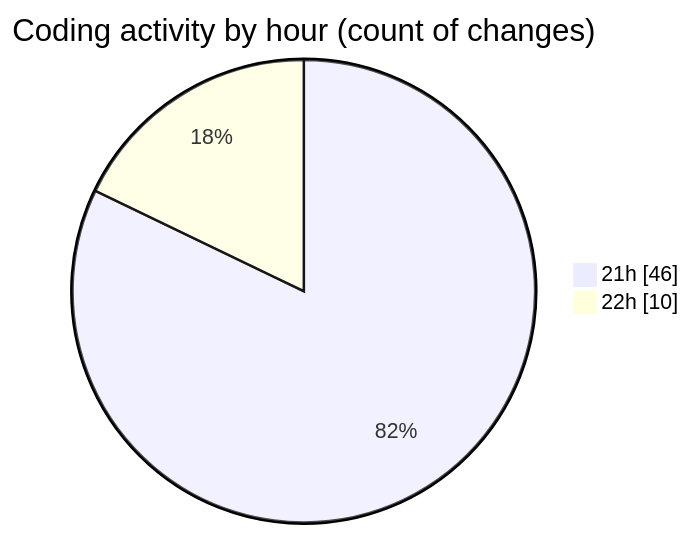
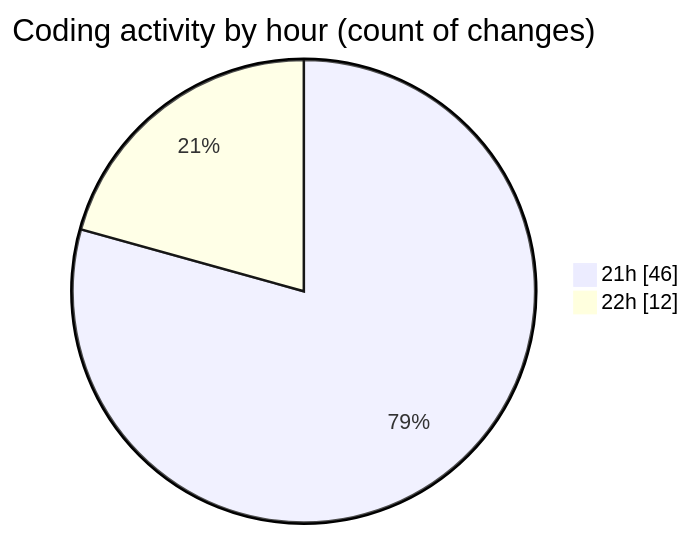
The second of 2 diagrams in 2025-10-13/scopecraft/README.md (Ritupan-Deka/code-tracking), drawn with Mermaid before and after one commit. The commit also changed other lines of this file and 1 other file, not shown here.

````diff
--- a/2025-10-13/scopecraft/README.md
+++ b/2025-10-13/scopecraft/README.md
@@ -37,6 +37,6 @@
 ```mermaid
 pie showData
 title Coding activity by hour (count of changes)
 "21h" : 46
-"22h" : 10
+"22h" : 12
 ```
````
